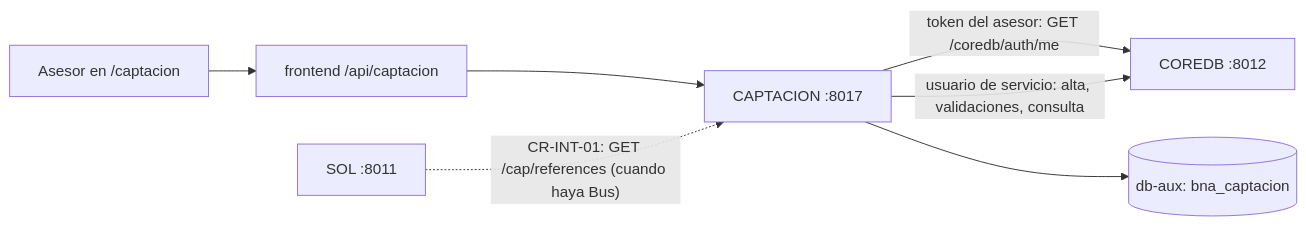
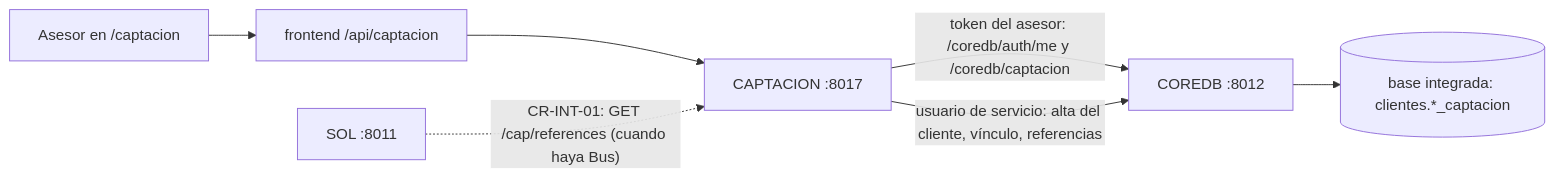
The diagram in backend/CAPTACION/README.md (SantiagoCusirramos/Banco_Nacional_Arequipa), drawn with Mermaid before and after one commit. The commit also changed other lines of this file and 6 other files, not shown here.

````diff
--- a/backend/CAPTACION/README.md
+++ b/backend/CAPTACION/README.md
@@ -19,8 +24,8 @@
 ```mermaid
 flowchart LR
   ase["Asesor en /captacion"] --> fe["frontend /api/captacion"] --> cap["CAPTACION :8017"]
-  cap -->|"token del asesor: GET /coredb/auth/me"| coredb["COREDB :8012"]
-  cap -->|"usuario de servicio: alta, validaciones, consulta"| coredb
-  cap --> aux[("db-aux: bna_captacion")]
+  cap -->|"token del asesor: /coredb/auth/me y /coredb/captacion"| coredb["COREDB :8012"]
+  cap -->|"usuario de servicio: alta del cliente, vínculo, referencias"| coredb
+  coredb --> db[("base integrada: clientes.*_captacion")]
   sol["SOL :8011"] -.->|"CR-INT-01: GET /cap/references (cuando haya Bus)"| cap
 ```
````
